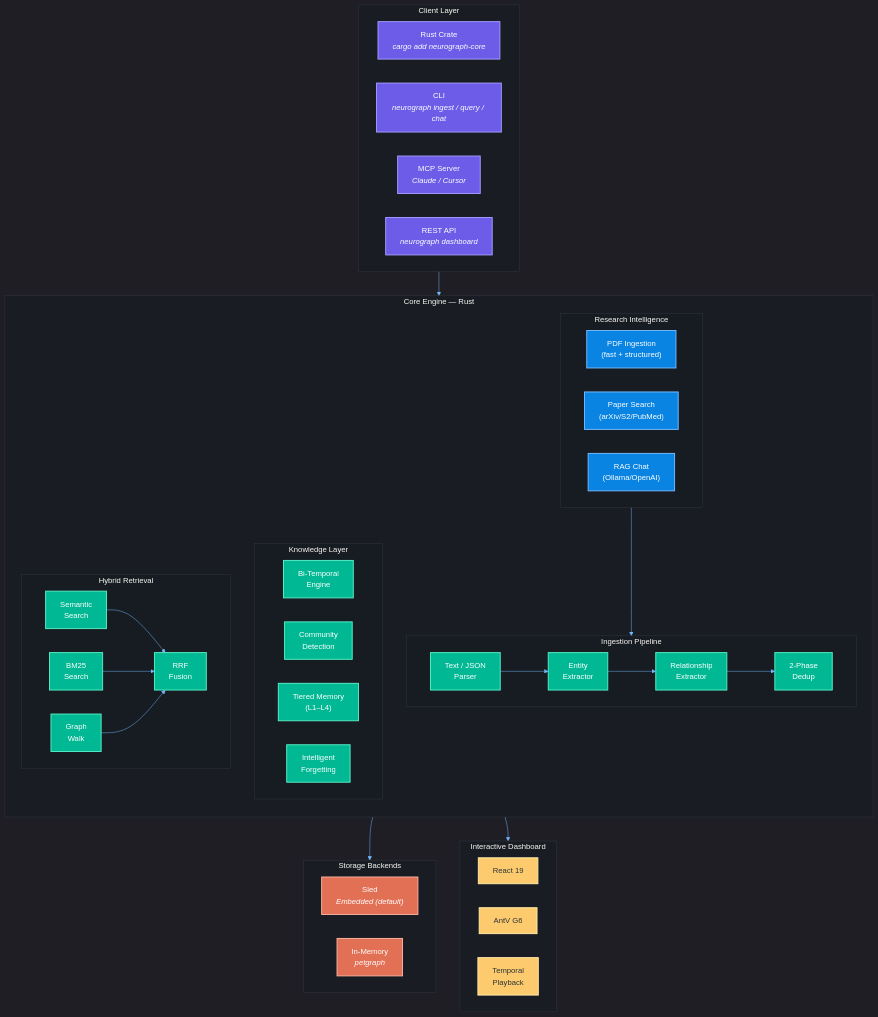
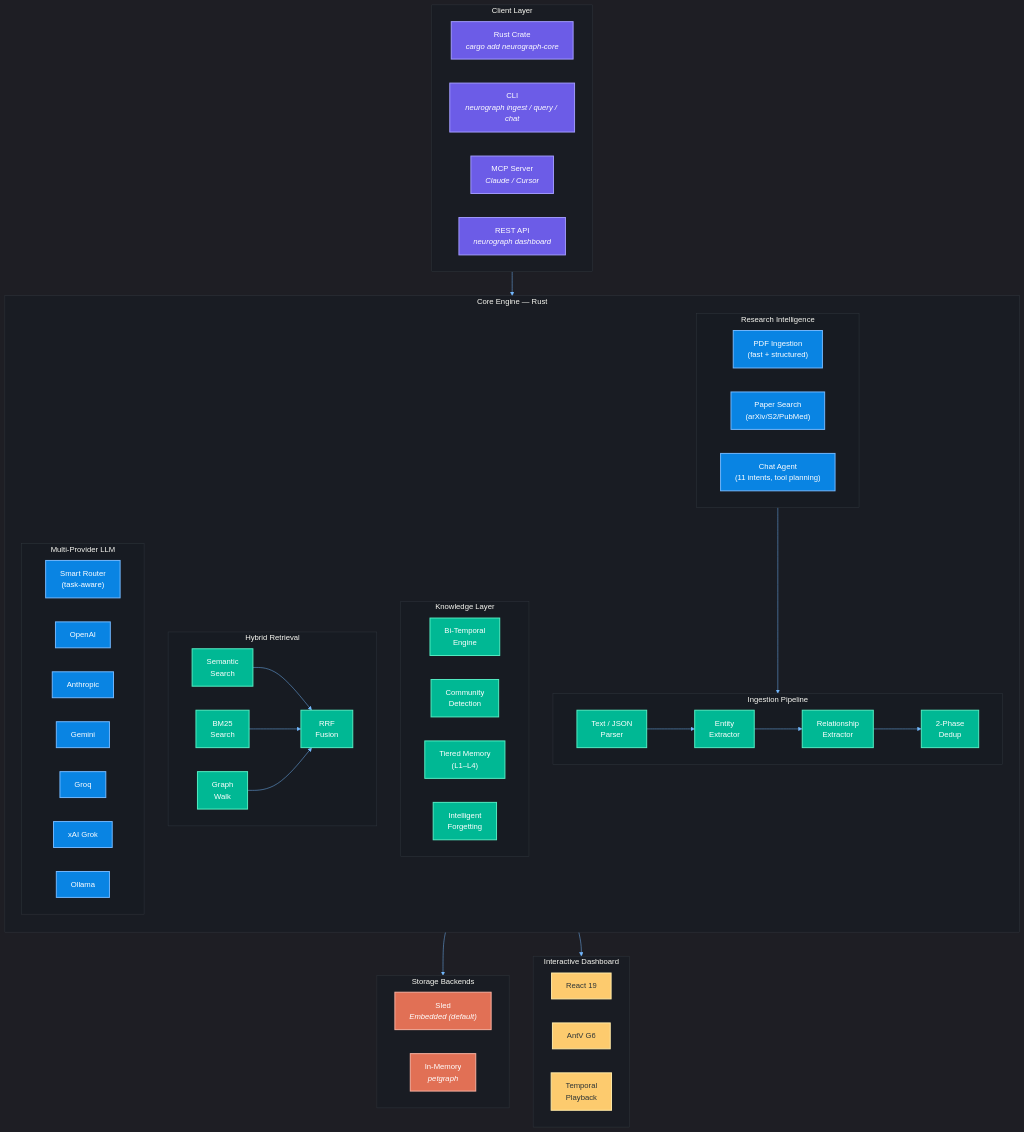
Before and after one commit to neurographai/neurograph: the diagram in README.md, drawn with Mermaid. The commit also changed other lines of this file and 49 other files, not shown here.

````diff
--- a/README.md
+++ b/README.md
@@ -55,7 +55,7 @@
             direction LR
             PDF["PDF Ingestion<br/>(fast + structured)"]
             SEARCH["Paper Search<br/>(arXiv/S2/PubMed)"]
-            RAG["RAG Chat<br/>(Ollama/OpenAI)"]
+            AGENT["Chat Agent<br/>(11 intents, tool planning)"]
         end
 
         subgraph INGESTION["Ingestion Pipeline"]
@@ -80,6 +80,17 @@
             BM25["BM25<br/>Search"]
             GRAPH_WALK["Graph<br/>Walk"]
             RRF["RRF<br/>Fusion"]
+        end
+
+        subgraph LLM_LAYER["Multi-Provider LLM"]
+            direction LR
+            ROUTER["Smart Router<br/>(task-aware)"]
+            OPENAI_P["OpenAI"]
+            ANTHROPIC_P["Anthropic"]
+            GEMINI_P["Gemini"]
+            GROQ_P["Groq"]
+            XAI_P["xAI Grok"]
+            OLLAMA_P["Ollama"]
         end
     end
 
@@ -114,7 +125,8 @@
 
     class RS,CLI,MCP,API clientNode
     class PARSER,NER,REL,DEDUP,TEMPORAL,COMMUNITY,MEMORY,DECAY,SEMANTIC,BM25,GRAPH_WALK,RRF engineNode
-    class PDF,SEARCH,RAG researchNode
+    class PDF,SEARCH,AGENT researchNode
     class SLED,MEMORY_DRV storageNode
     class REACT,G6,TIMELINE dashNode
+    class ROUTER,OPENAI_P,ANTHROPIC_P,GEMINI_P,GROQ_P,XAI_P,OLLAMA_P researchNode
 ```
````
